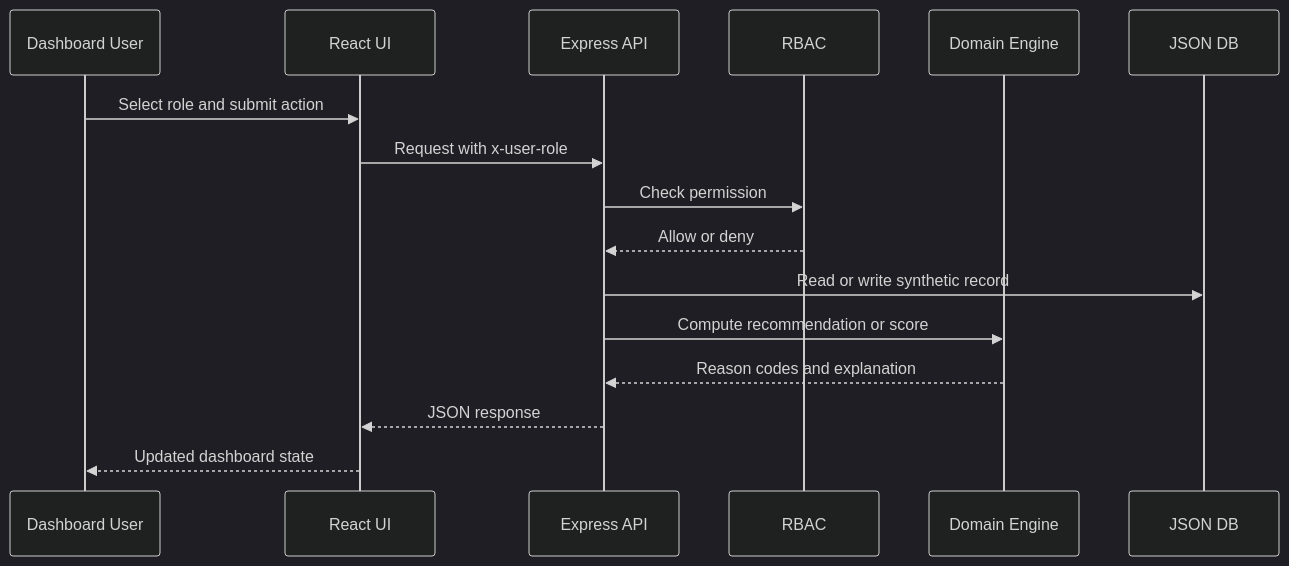
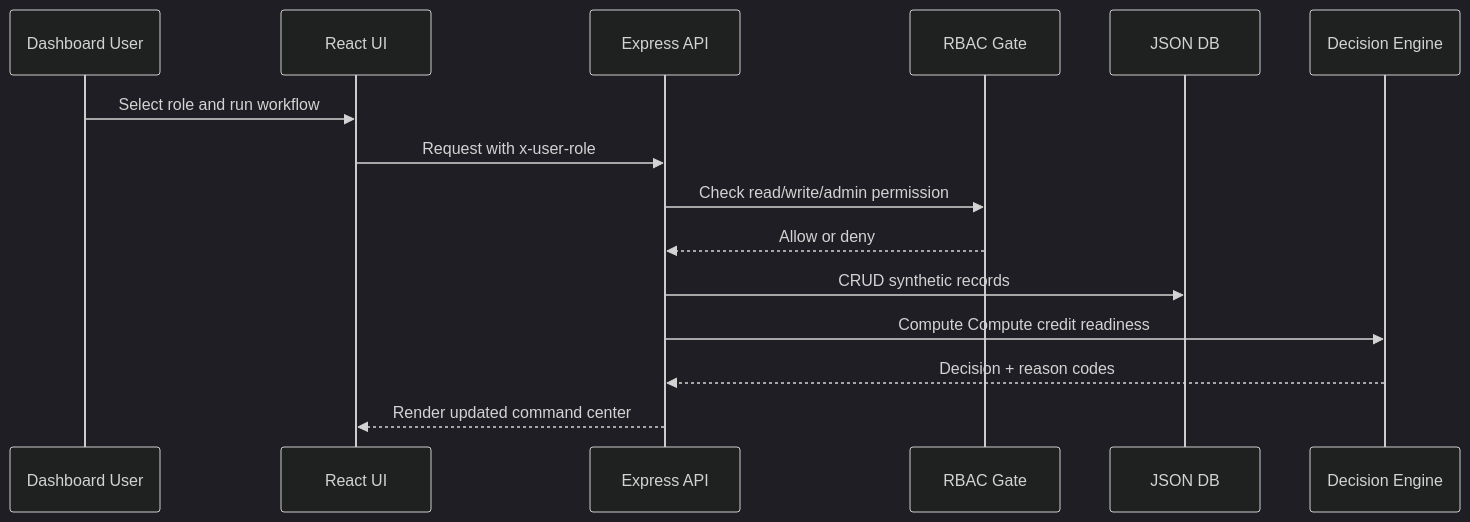
One commit to jprbom/cashflow-memory-for-bharat changed the third of 4 diagrams in docs/DIAGRAMS.md. Above: the diagram before and after it, drawn with Mermaid (dark theme). The commit also changed other lines of this file and 6 other files, not shown here.

```diff
--- a/docs/DIAGRAMS.md
+++ b/docs/DIAGRAMS.md
@@ -71,18 +56,17 @@
 ~~~mermaid
 sequenceDiagram
   participant User as Dashboard User
   participant UI as React UI
   participant API as Express API
-  participant RBAC as RBAC
-  participant Engine as Domain Engine
+  participant RBAC as RBAC Gate
   participant DB as JSON DB
-  User->>UI: Select role and submit action
+  participant Engine as Decision Engine
+  User->>UI: Select role and run workflow
   UI->>API: Request with x-user-role
-  API->>RBAC: Check permission
+  API->>RBAC: Check read/write/admin permission
   RBAC-->>API: Allow or deny
-  API->>DB: Read or write synthetic record
-  API->>Engine: Compute recommendation or score
-  Engine-->>API: Reason codes and explanation
-  API-->>UI: JSON response
-  UI-->>User: Updated dashboard state
+  API->>DB: CRUD synthetic records
+  API->>Engine: Compute Compute credit readiness
+  Engine-->>API: Decision + reason codes
+  API-->>UI: Render updated command center
 ~~~
```
